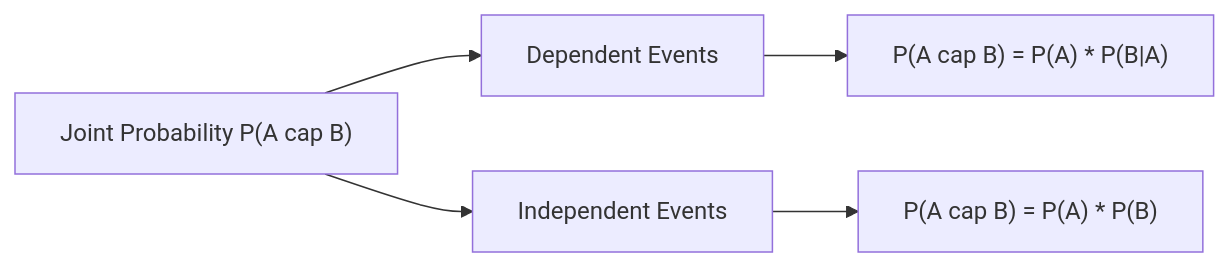
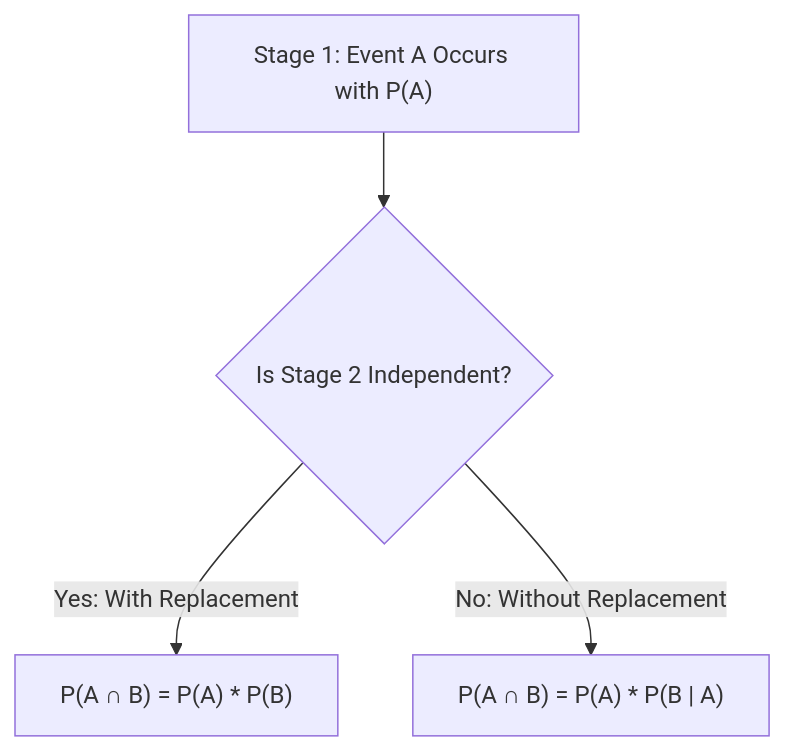
One commit to S1h2i3v4a/AI_ML changed the diagram in lecture_20/Notes_20.08/README.md. Above: the diagram before and after it, drawn with Mermaid. The commit also changed other lines of this file and 203 other files, not shown here.

Commit message:
docs(lectures 19-21): align notes with video lectures, add blackboard diagrams, clean structured functions, and compile vector PDFs

````diff
--- a/lecture_20/Notes_20.08/README.md
+++ b/lecture_20/Notes_20.08/README.md
@@ -15,7 +10,6 @@
 ```mermaid
-flowchart LR
-    A["Joint Probability P(A cap B)"] --> B["Dependent Events"]
-    A --> C["Independent Events"]
-    B --> D["P(A cap B) = P(A) * P(B|A)"]
-    C --> E["P(A cap B) = P(A) * P(B)"]
+flowchart TD
+    Start["Stage 1: Event A Occurs with P(A)"] --> Branch{Is Stage 2 Independent?}
+    Branch -->|Yes: With Replacement| Ind["P(A ∩ B) = P(A) * P(B)"]
+    Branch -->|No: Without Replacement| Dep["P(A ∩ B) = P(A) * P(B | A)"]
 ```
````
